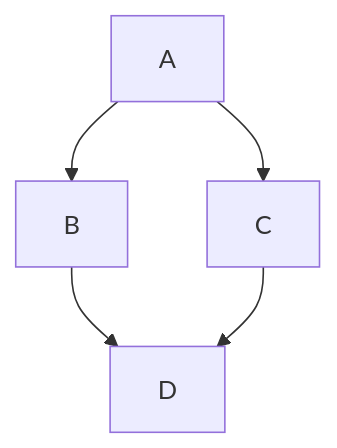
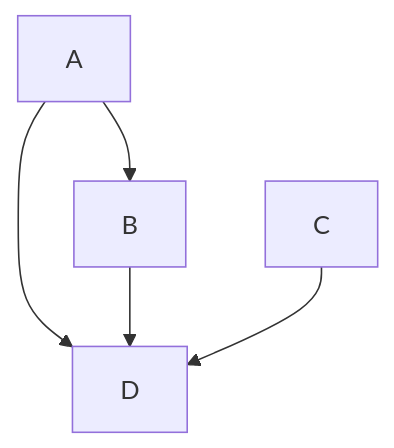
One commit to VenugopalaV/democats changed the diagram in README.md. Above: the diagram before and after it, drawn with Mermaid.

````diff
--- a/README.md
+++ b/README.md
@@ -24,7 +24,7 @@
 ```mermaid
 graph TD;
 A-->B;
-A-->C;
+A-->D;
 B-->D
 C-->D;
 ```
````
